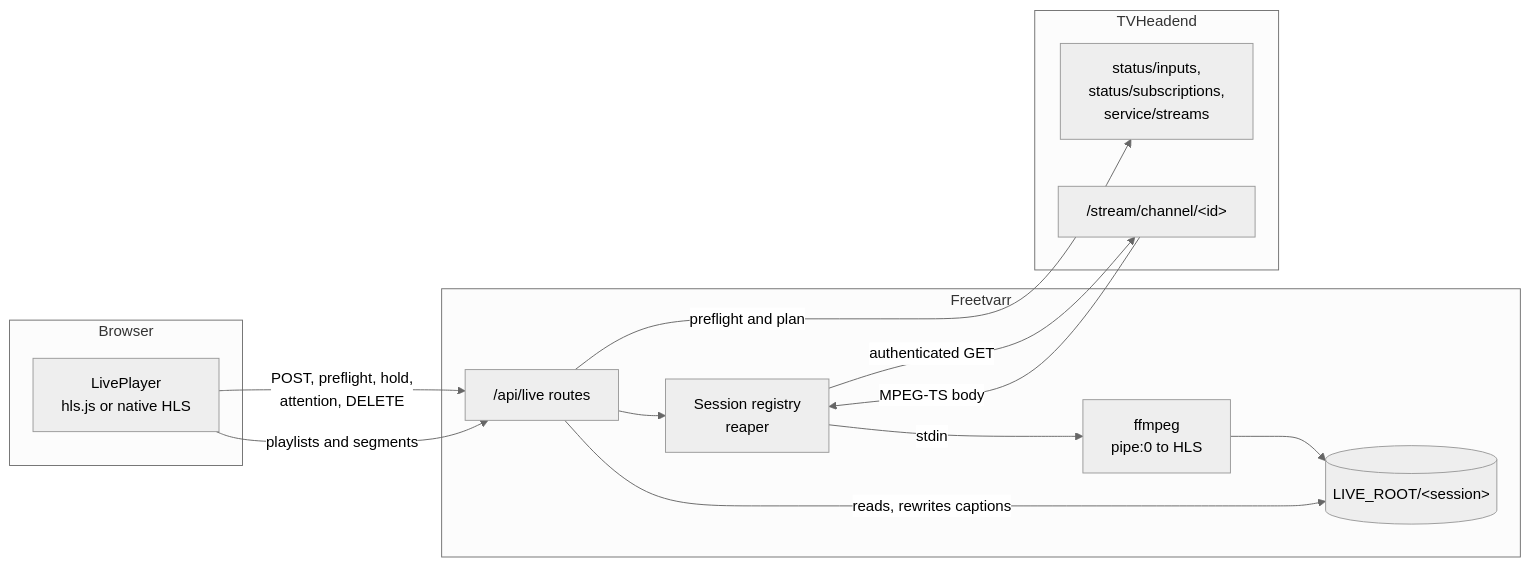
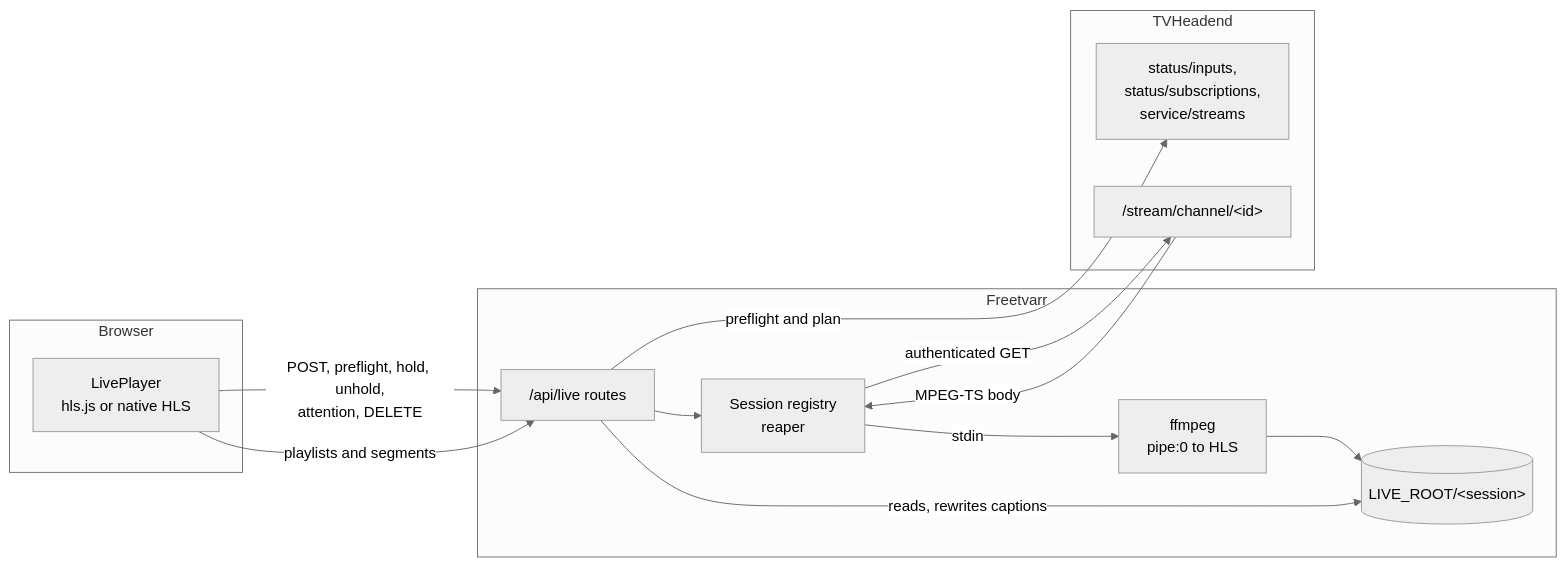
Before and after one commit to furey/freetvarr: the eighth of 9 diagrams in docs/DEEP_DIVE.md, drawn with Mermaid (neutral theme). The commit also changed other lines of this file and 1 other file, not shown here.

Commit message:
Documented the device hold token, unhold, per-viewer attention, the finished-encode rule, the watched length, position mapping at ad cuts, and the From the start restart.

````diff
--- a/docs/DEEP_DIVE.md
+++ b/docs/DEEP_DIVE.md
@@ -910,25 +910,25 @@
 ```mermaid
 flowchart LR
   subgraph browser["Browser"]
     player["LivePlayer<br>hls.js or native HLS"]
   end
   subgraph app["Freetvarr"]
     routes["/api/live routes"]
     reg["Session registry<br>reaper"]
     ff["ffmpeg<br>pipe:0 to HLS"]
     dir[("LIVE_ROOT/&lt;session&gt;")]
   end
   subgraph tvh["TVHeadend"]
     api["status/inputs,<br>status/subscriptions,<br>service/streams"]
     stream["/stream/channel/&lt;id&gt;"]
   end
-  player -->|"POST, preflight, hold,<br>attention, DELETE"| routes
+  player -->|"POST, preflight, hold, unhold,<br>attention, DELETE"| routes
   player -->|"playlists and segments"| routes
   routes -->|"preflight and plan"| api
   routes --> reg
   reg -->|"authenticated GET"| stream
   stream -->|"MPEG-TS body"| reg
   reg -->|"stdin"| ff
   ff --> dir
   routes -->|"reads, rewrites captions"| dir
 ```
````
